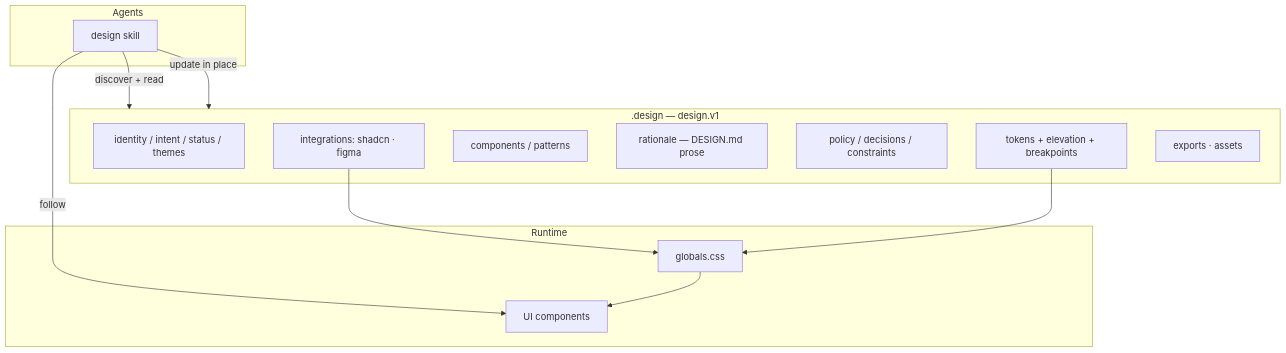
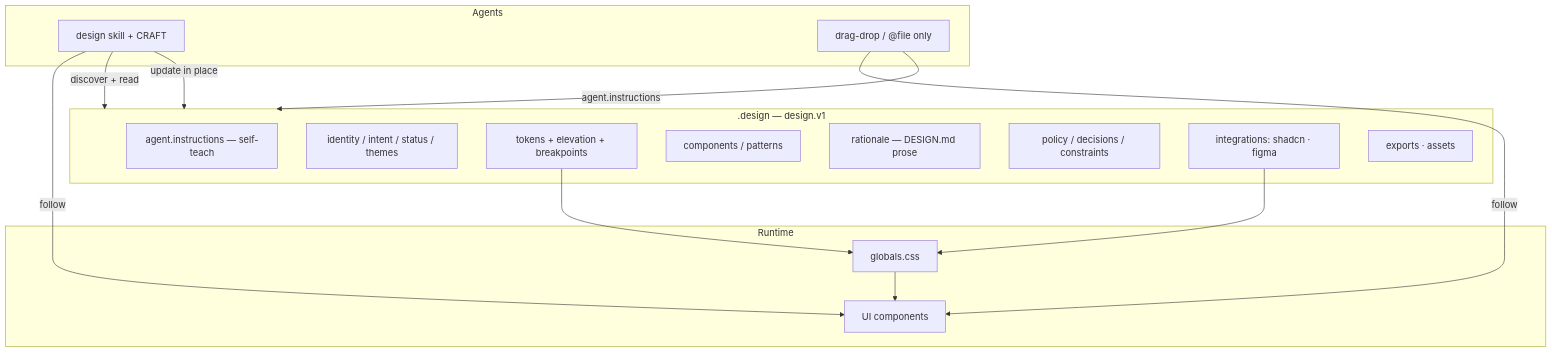
One commit to AgentsORG/DESIGN changed the second of 2 diagrams in README.md. Above: the diagram before and after it, drawn with Mermaid. The commit also changed other lines of this file and 16 other files, not shown here.

First line of the commit message:
Require self-contained agent.instructions and prepare v1.

````diff
--- a/README.md
+++ b/README.md
@@ -42,28 +53,32 @@
 ```mermaid
 flowchart TB
   subgraph contract [".design — design.v1"]
+    AG[agent.instructions — self-teach]
     ID[identity / intent / status / themes]
     TOK[tokens + elevation + breakpoints]
     COMP[components / patterns]
     RAT[rationale — DESIGN.md prose]
     RULES[policy / decisions / constraints]
     INT[integrations: shadcn · figma]
     EXP[exports · assets]
   end
 
   subgraph agents ["Agents"]
-    SKILL[design skill]
+    SKILL[design skill + CRAFT]
+    DROP[drag-drop / @file only]
   end
 
   subgraph runtime ["Runtime"]
     CSS[globals.css]
     UI[UI components]
   end
 
+  DROP -->|agent.instructions| contract
   SKILL -->|discover + read| contract
   SKILL -->|follow| UI
+  DROP -->|follow| UI
   INT --> CSS
   TOK --> CSS
   CSS --> UI
   SKILL -->|update in place| contract
 ```
````
